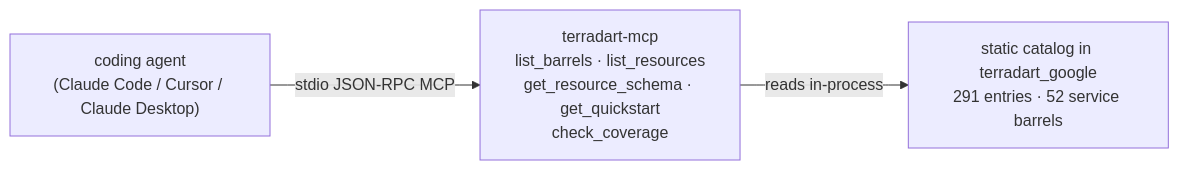
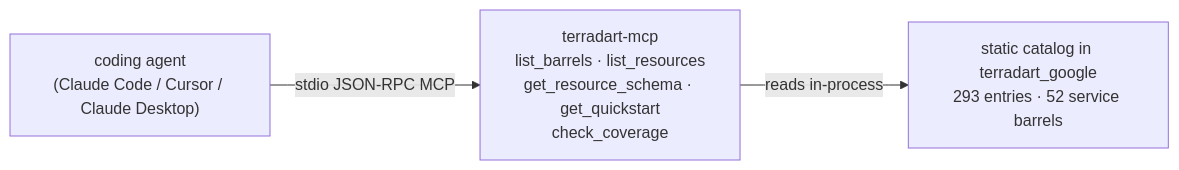
Before and after one commit to nozomi-koborinai/terradart: the diagram in website/src/content/docs/docs/agent/index.md, drawn with Mermaid. The commit also changed other lines of this file and 23 other files, not shown here.

````diff
--- a/website/src/content/docs/docs/agent/index.md
+++ b/website/src/content/docs/docs/agent/index.md
@@ -12,8 +12,8 @@
 ```mermaid
 graph LR
   agent["coding agent<br/>(Claude Code / Cursor / Claude Desktop)"]
   mcp["terradart-mcp<br/>list_barrels · list_resources<br/>get_resource_schema · get_quickstart<br/>check_coverage"]
-  catalog["static catalog in terradart_google<br/>291 entries · 52 service barrels"]
+  catalog["static catalog in terradart_google<br/>293 entries · 52 service barrels"]
   agent -->|stdio JSON-RPC MCP| mcp
   mcp -->|reads in-process| catalog
 ```
````
